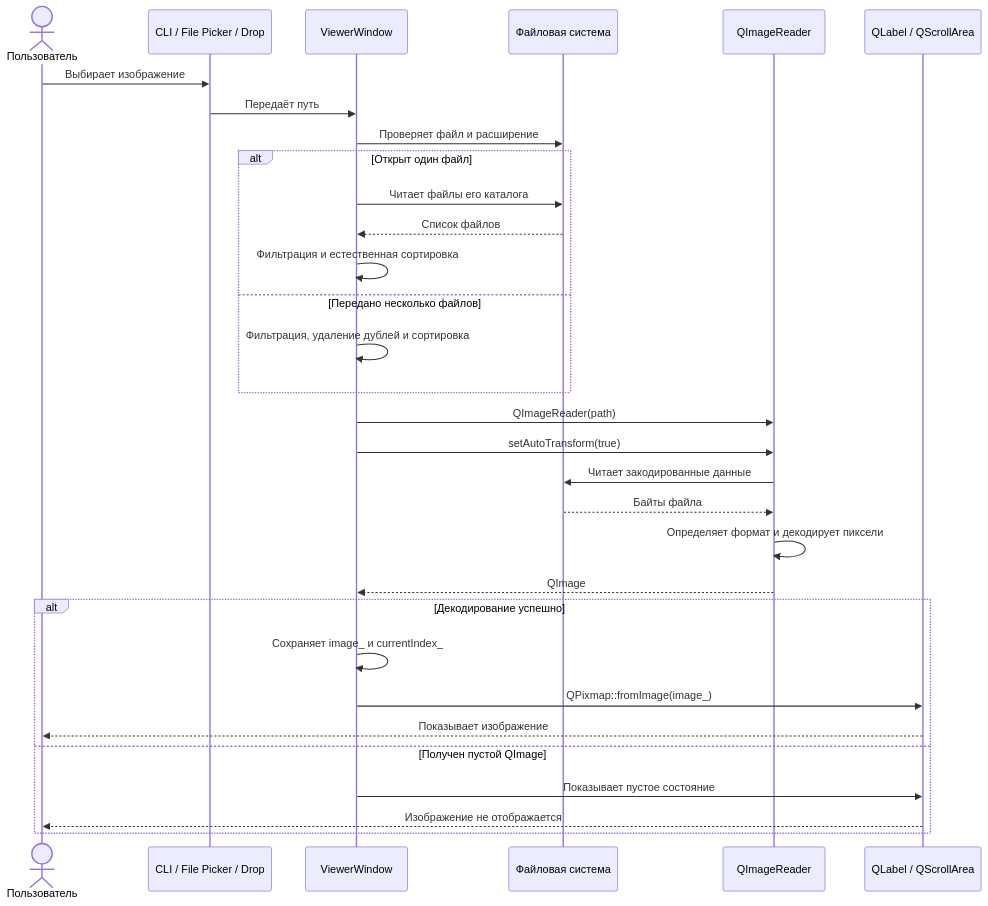
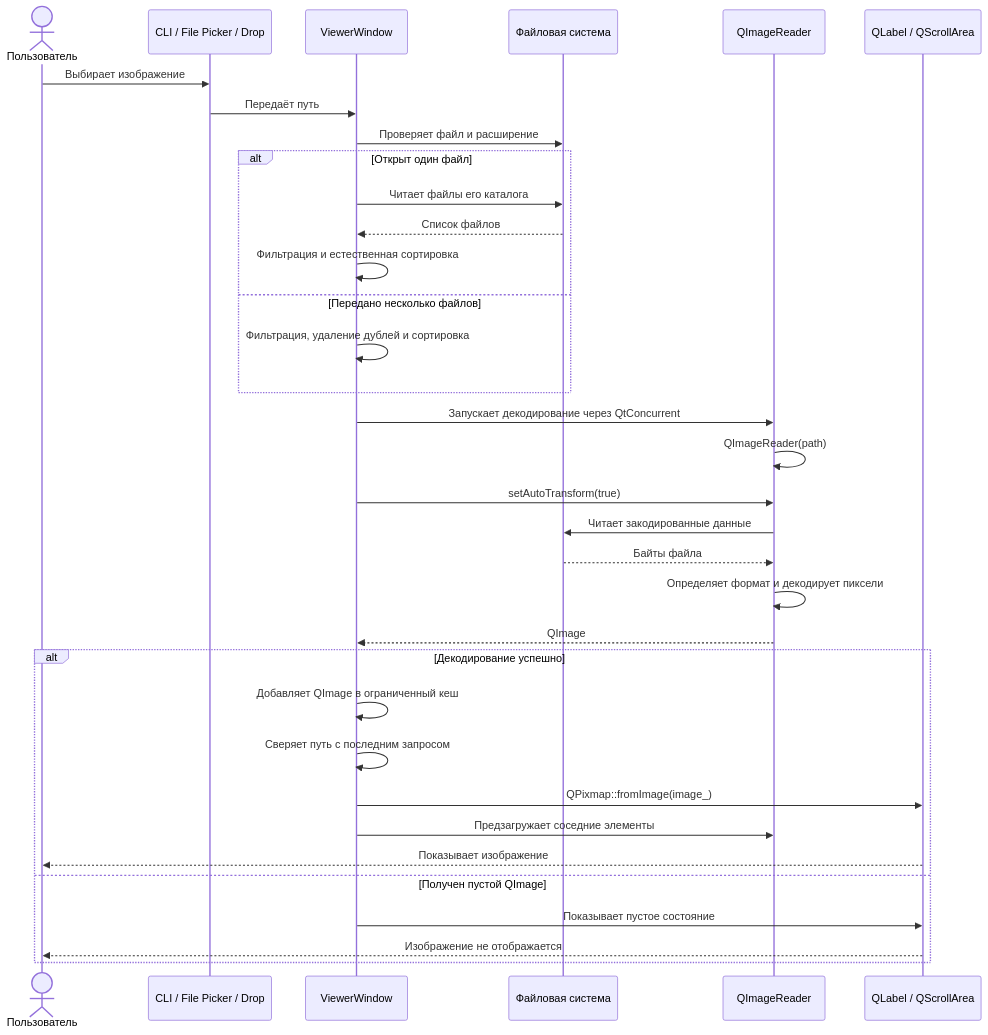
One commit to Lannselot/Flick changed the second of 4 diagrams in docs/architecture.md. Above: the diagram before and after it, drawn with Mermaid. The commit also changed other lines of this file and 5 other files, not shown here.

````diff
--- a/docs/architecture.md
+++ b/docs/architecture.md
@@ -50,37 +54,40 @@
 ```mermaid
 sequenceDiagram
     actor User as Пользователь
     participant Entry as CLI / File Picker / Drop
     participant Window as ViewerWindow
     participant FS as Файловая система
     participant Reader as QImageReader
     participant UI as QLabel / QScrollArea
 
     User->>Entry: Выбирает изображение
     Entry->>Window: Передаёт путь
     Window->>FS: Проверяет файл и расширение
 
     alt Открыт один файл
         Window->>FS: Читает файлы его каталога
         FS-->>Window: Список файлов
         Window->>Window: Фильтрация и естественная сортировка
     else Передано несколько файлов
         Window->>Window: Фильтрация, удаление дублей и сортировка
     end
 
-    Window->>Reader: QImageReader(path)
+    Window->>Reader: Запускает декодирование через QtConcurrent
+    Reader->>Reader: QImageReader(path)
     Window->>Reader: setAutoTransform(true)
     Reader->>FS: Читает закодированные данные
     FS-->>Reader: Байты файла
     Reader->>Reader: Определяет формат и декодирует пиксели
     Reader-->>Window: QImage
 
     alt Декодирование успешно
-        Window->>Window: Сохраняет image_ и currentIndex_
+        Window->>Window: Добавляет QImage в ограниченный кеш
+        Window->>Window: Сверяет путь с последним запросом
         Window->>UI: QPixmap::fromImage(image_)
+        Window->>Reader: Предзагружает соседние элементы
         UI-->>User: Показывает изображение
     else Получен пустой QImage
         Window->>UI: Показывает пустое состояние
         UI-->>User: Изображение не отображается
     end
 ```
````
